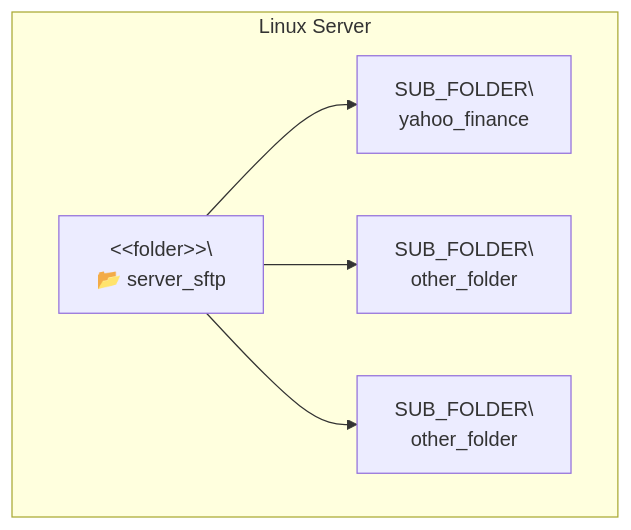
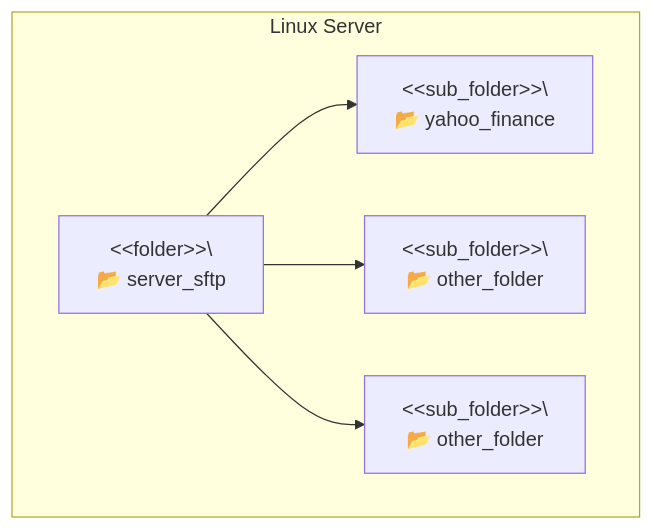
Before and after one commit to TrulyDigital/DATA_STREET: the second of 3 diagrams in server_sftp/README.md, drawn with Mermaid.

Commit message:
update: server_sftp README.md

````diff
--- a/server_sftp/README.md
+++ b/server_sftp/README.md
@@ -14,13 +14,13 @@
 ```mermaid
 graph TD
     subgraph Contenedor_A [Linux Server]
         A1[&lt;&lt;folder&gt;&gt;\<br/> 📂 server_sftp]
-        A2[SUB_FOLDER\<br/> yahoo_finance]
-        A3[SUB_FOLDER\<br/> other_folder]
-        A4[SUB_FOLDER\<br/> other_folder]
+        A2[&lt;&lt;sub_folder&gt;&gt;\<br/> 📂 yahoo_finance]
+        A3[&lt;&lt;sub_folder&gt;&gt;\<br/> 📂 other_folder]
+        A4[&lt;&lt;sub_folder&gt;&gt;\<br/> 📂 other_folder]
     end
 
     A1 --> A2
     A1 --> A3
     A1 --> A4
 ```
````
